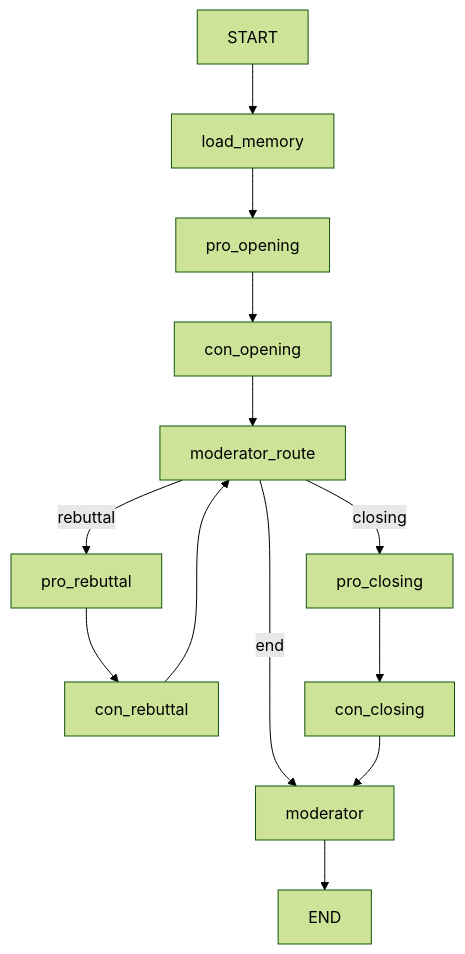
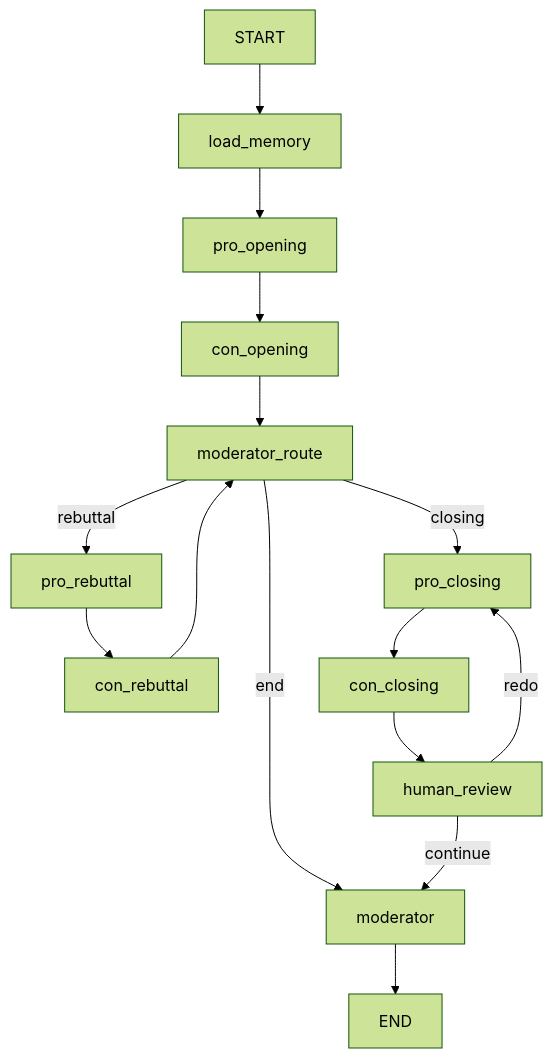
Before and after one commit to Escanor-Sensei/ai_agents_learning: the first of 3 diagrams in phase4_agent/mermaid.md, drawn with Mermaid (forest theme). The commit also changed other lines of this file and 5 other files, not shown here.

````diff
--- a/phase4_agent/mermaid.md
+++ b/phase4_agent/mermaid.md
@@ -3,18 +5,17 @@
 ```mermaid
-flowchart TD
-    START --> load_memory
-    load_memory --> pro_opening
-    pro_opening --> con_opening
-    con_opening --> moderator_route
-
-    moderator_route -->|rebuttal| pro_rebuttal
-    moderator_route -->|closing| pro_closing
-    moderator_route -->|end| moderator
-
-    pro_rebuttal --> con_rebuttal
-    con_rebuttal --> moderator_route
-
-    pro_closing --> con_closing
-    con_closing --> moderator
-    moderator --> END
+graph TD
+    A[START] --> B[load_memory]
+    B --> C[pro_opening]
+    C --> D[con_opening]
+    D --> E[moderator_route]
+    E -->|rebuttal| F[pro_rebuttal]
+    E -->|closing| H[pro_closing]
+    E -->|end| J[moderator]
+    F --> G[con_rebuttal]
+    G --> E
+    H --> I[con_closing]
+    I --> K[human_review]
+    K -->|continue| J
+    K -->|redo| H
+    J --> L[END]
 ```
````
